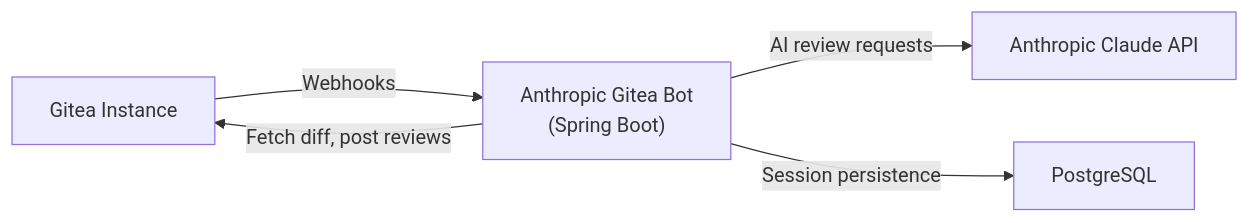
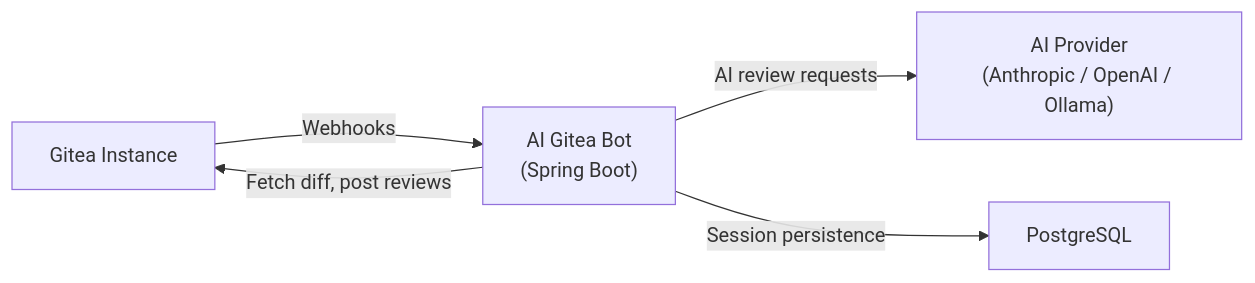
One commit to tmseidel/ai-gitea-bot changed the diagram in README.md. Above: the diagram before and after it, drawn with Mermaid. The commit also changed other lines of this file and 11 other files, not shown here.

First line of the commit message:
Add OpenAI/Ollama tests, systemtest environment, and update all documentation

````diff
--- a/README.md
+++ b/README.md
@@ -51,12 +81,12 @@
 ```mermaid
 graph LR
     Gitea["Gitea Instance"]
-    Bot["Anthropic Gitea Bot<br/>(Spring Boot)"]
-    Anthropic["Anthropic Claude API"]
+    Bot["AI Gitea Bot<br/>(Spring Boot)"]
+    AI["AI Provider<br/>(Anthropic / OpenAI / Ollama)"]
     DB["PostgreSQL"]
 
     Gitea -- "Webhooks" --> Bot
     Bot -- "Fetch diff, post reviews" --> Gitea
-    Bot -- "AI review requests" --> Anthropic
+    Bot -- "AI review requests" --> AI
     Bot -- "Session persistence" --> DB
 ```
````
